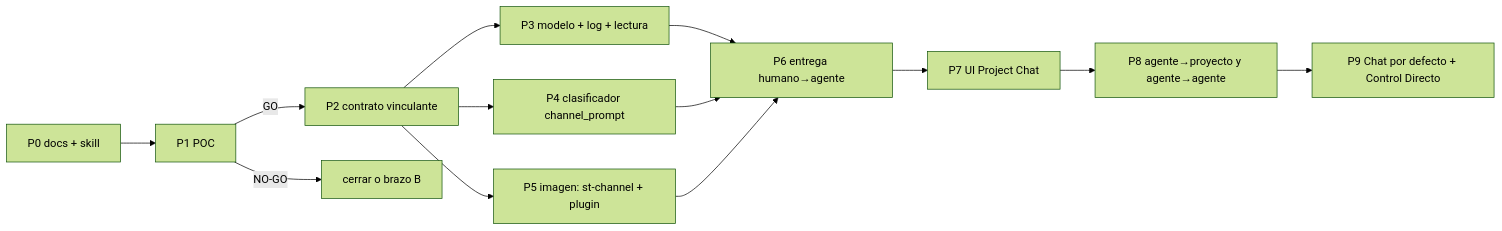
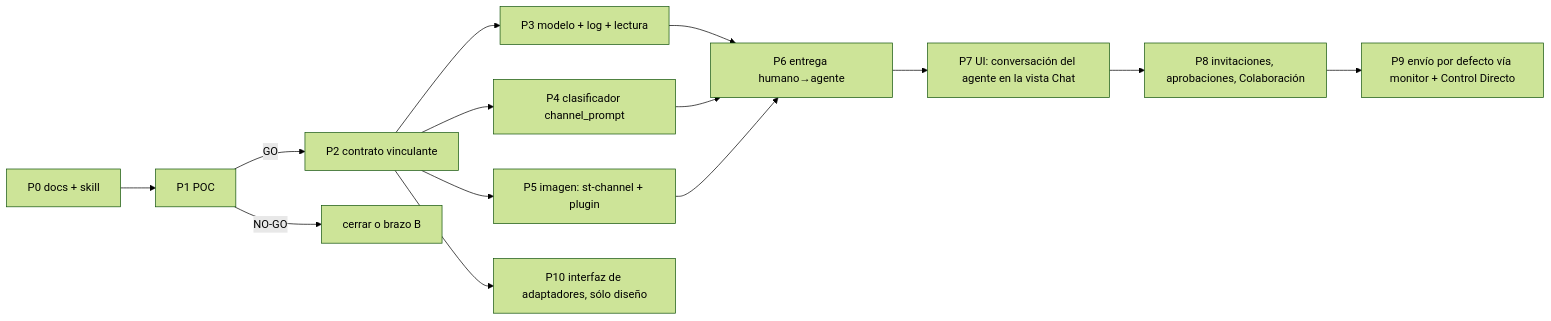
Before and after one commit to gatof81/shared-terminal: the diagram in docs/design/project-chat/05-roadmap.md, drawn with Mermaid (forest theme). The commit also changed other lines of this file and 6 other files, not shown here.

````diff
--- a/docs/design/project-chat/05-roadmap.md
+++ b/docs/design/project-chat/05-roadmap.md
@@ -7,15 +11,16 @@
 ```mermaid
 flowchart LR
   P0[P0 docs + skill] --> P1[P1 POC]
   P1 -->|GO| P2[P2 contrato vinculante]
   P1 -->|NO-GO| X[cerrar o brazo B]
   P2 --> P3[P3 modelo + log + lectura]
   P2 --> P4[P4 clasificador channel_prompt]
   P2 --> P5[P5 imagen: st-channel + plugin]
   P3 --> P6[P6 entrega humano→agente]
   P4 --> P6
   P5 --> P6
-  P6 --> P7[P7 UI Project Chat]
-  P7 --> P8[P8 agente→proyecto y agente→agente]
-  P8 --> P9[P9 Chat por defecto + Control Directo]
+  P6 --> P7[P7 UI: conversación del agente en la vista Chat]
+  P7 --> P8[P8 invitaciones, aprobaciones, Colaboración]
+  P8 --> P9[P9 envío por defecto vía monitor + Control Directo]
+  P2 --> P10[P10 interfaz de adaptadores, sólo diseño]
 ```
````
